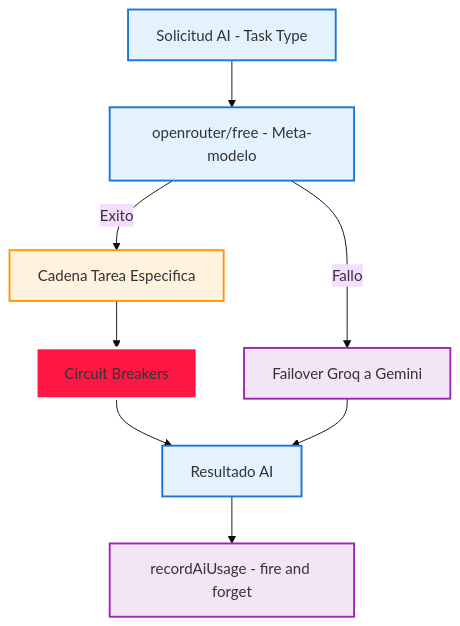
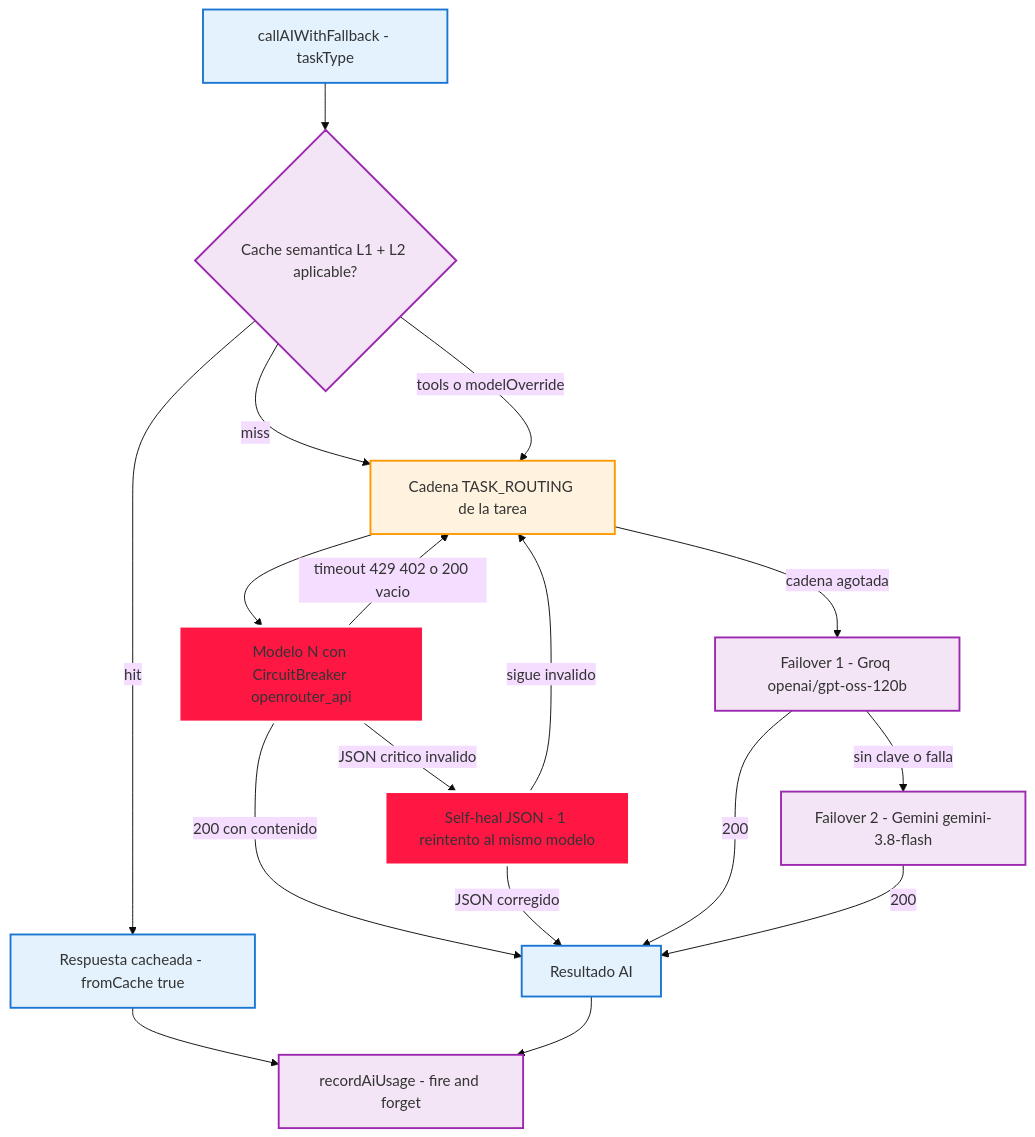
One commit to StrategicConnex/StrategicConnexAudit changed the first of 5 diagrams in docs/architecture/MERMAID-DIAGRAMS.md. Above: the diagram before and after it, drawn with Mermaid (base theme). The commit also changed other lines of this file and 1 other file, not shown here.

First line of the commit message:
docs(architecture): align diagrams with actual codebase (v1.1)

````diff
--- a/docs/architecture/MERMAID-DIAGRAMS.md
+++ b/docs/architecture/MERMAID-DIAGRAMS.md
@@ -111,23 +121,35 @@
 ```mermaid
 flowchart TD
     classDef primary fill:#e3f2fd,stroke:#1976d2,stroke-width:2px;
     classDef secondary fill:#fff3e0,stroke:#ff9800,stroke-width:2px;
     classDef optional fill:#f3e5f5,stroke:#9c27b0,stroke-width:2px;
     classDef critical fill:#ff1744,stroke:#ffffff,stroke-width:3px;
 
-    START[Solicitud AI - Task Type]:::primary
-    METAMODEL[openrouter/free - Meta-modelo]:::primary
-    CHAIN[Cadena Tarea Especifica]:::secondary
-    FALLBACK[Failover Groq a Gemini]:::optional
-    CIRCUIT[Circuit Breakers]:::critical
-    RESULT[Resultado AI]:::primary
-    LOG[recordAiUsage - fire and forget]:::optional
+    START["callAIWithFallback - taskType"]:::primary
+    CACHE{"Cache semantica L1 + L2 aplicable?"}:::optional
+    HIT["Respuesta cacheada - fromCache true"]:::primary
+    CHAIN["Cadena TASK_ROUTING de la tarea"]:::secondary
+    MODEL["Modelo N con CircuitBreaker openrouter_api"]:::critical
+    SELFHEAL["Self-heal JSON - 1 reintento al mismo modelo"]:::critical
+    GROQ["Failover 1 - Groq openai/gpt-oss-120b"]:::optional
+    GEMINI["Failover 2 - Gemini gemini-3.8-flash"]:::optional
+    RESULT["Resultado AI"]:::primary
+    LOG["recordAiUsage - fire and forget"]:::optional
 
-    START --> METAMODEL
-    METAMODEL -->|Exito| CHAIN
-    METAMODEL -->|Fallo| FALLBACK
-    CHAIN --> CIRCUIT
-    CIRCUIT --> RESULT
-    FALLBACK --> RESULT
+    START --> CACHE
+    CACHE -->|hit| HIT
+    CACHE -->|miss| CHAIN
+    CACHE -->|tools o modelOverride| CHAIN
+    CHAIN --> MODEL
+    MODEL -->|200 con contenido| RESULT
+    MODEL -->|timeout 429 402 o 200 vacio| CHAIN
+    MODEL -->|JSON critico invalido| SELFHEAL
+    SELFHEAL -->|JSON corregido| RESULT
+    SELFHEAL -->|sigue invalido| CHAIN
+    CHAIN -->|cadena agotada| GROQ
+    GROQ -->|sin clave o falla| GEMINI
+    GROQ -->|200| RESULT
+    GEMINI -->|200| RESULT
+    HIT --> LOG
     RESULT --> LOG
 ```
````
